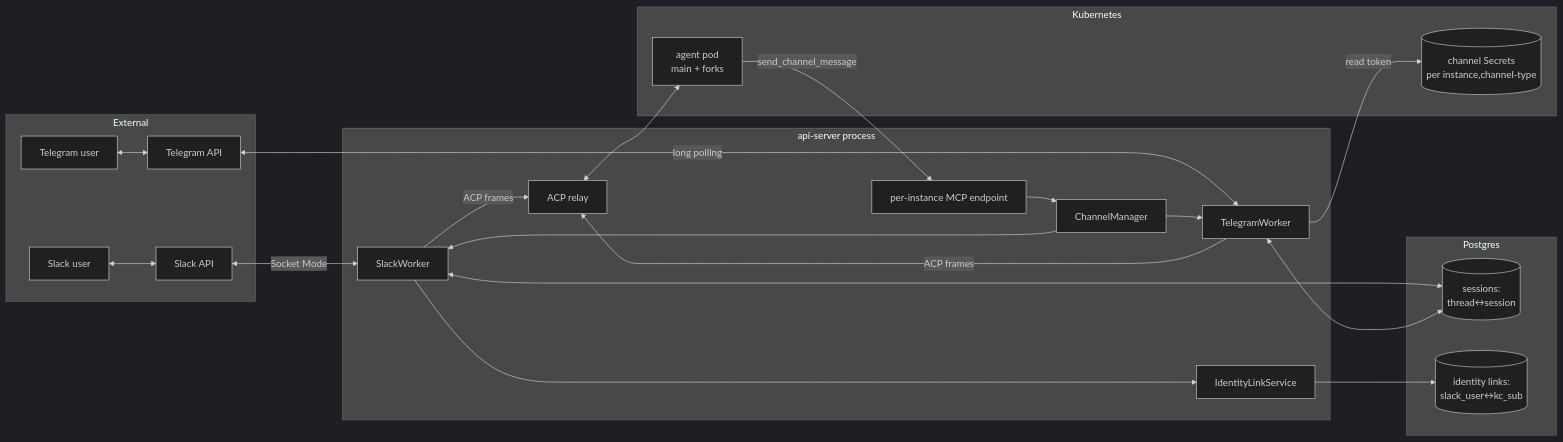
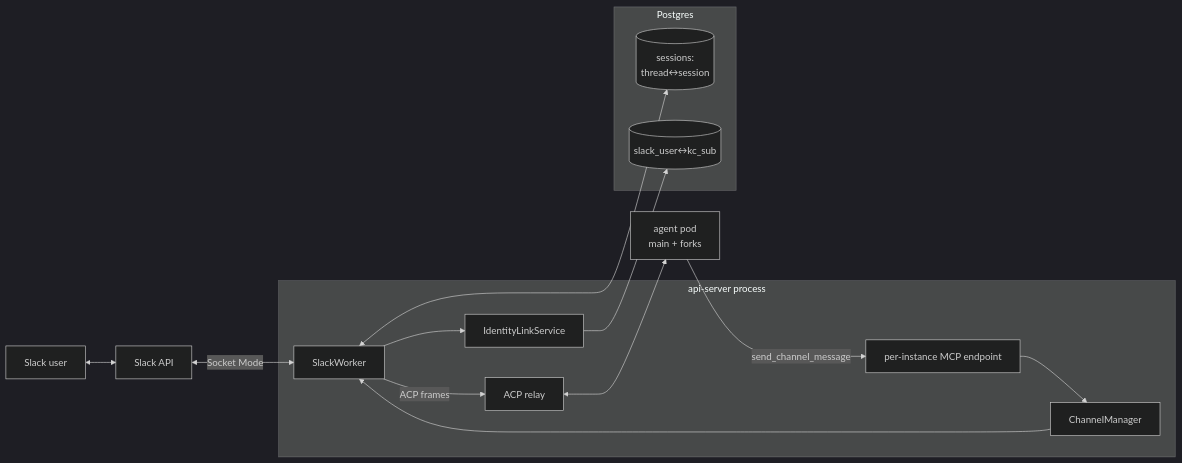
Before and after one commit to kagenti/humr: the first of 4 diagrams in docs/architecture/channels.md, drawn with Mermaid (dark theme). The commit also changed other lines of this file, not shown here.

Commit message:
docs(architecture): split topology diagram per messenger

````diff
--- a/docs/architecture/channels.md
+++ b/docs/architecture/channels.md
@@ -32,45 +36,31 @@
 ```mermaid
 flowchart LR
-  subgraph External
-    SU[Slack user]
-    TU[Telegram user]
-    SAPI[Slack API]
-    TAPI[Telegram API]
-  end
+  SU[Slack user]
+  SAPI[Slack API]
 
   subgraph api-server[api-server process]
     CM[ChannelManager]
     SW[SlackWorker]
-    TW[TelegramWorker]
     IL[IdentityLinkService]
     MCP[per-instance MCP endpoint]
     REL[ACP relay]
   end
 
-  subgraph K8s[Kubernetes]
-    SEC[(channel Secrets<br/>per instance,channel-type)]
-    POD[agent pod<br/>main + forks]
+  subgraph DB[Postgres]
+    SES[(sessions:<br/>thread↔session)]
+    LNK[(slack_user↔kc_sub)]
   end
 
-  subgraph DB[Postgres]
-    SES[(sessions:<br/>thread↔session)]
-    LNK[(identity links:<br/>slack_user↔kc_sub)]
-  end
+  POD[agent pod<br/>main + forks]
 
   SU <--> SAPI
-  TU <--> TAPI
   SAPI <-- Socket Mode --> SW
-  TAPI <-- long polling --> TW
   CM --> SW
-  CM --> TW
-  TW -- read token --> SEC
+  SW --> IL
   IL --> LNK
-  SW --> IL
   SW <--> SES
-  TW <--> SES
   SW -- ACP frames --> REL
-  TW -- ACP frames --> REL
   REL <--> POD
   POD -- send_channel_message --> MCP
   MCP --> CM
 ```
````
